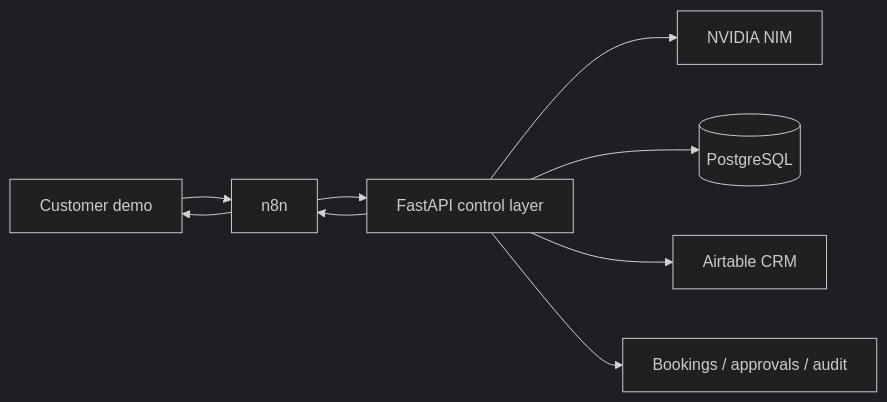
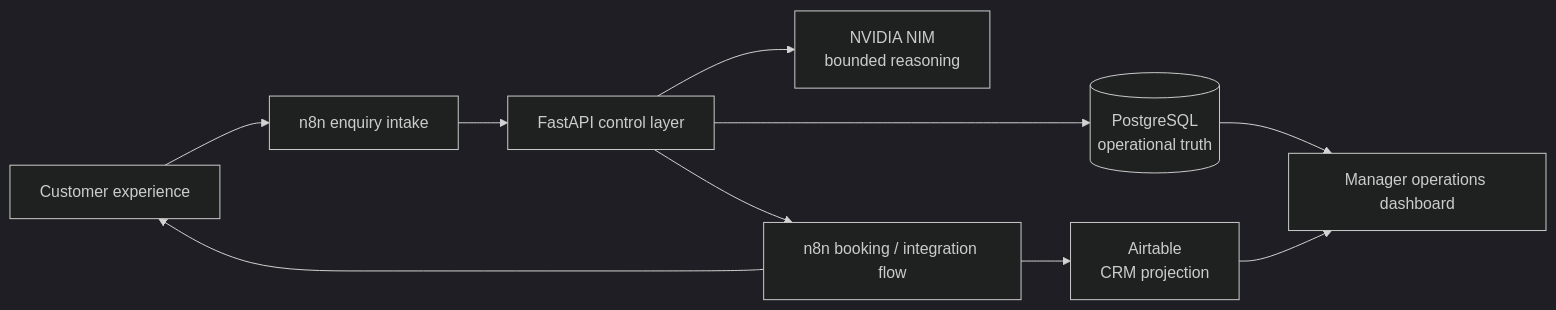
Before and after one commit to kabbersokhi-boop/customer-ops-ai: the diagram in README.md, drawn with Mermaid (dark theme). The commit also changed other lines of this file and 5 other files, not shown here.

````diff
--- a/README.md
+++ b/README.md
@@ -23,10 +45,12 @@
 ```mermaid
 flowchart LR
-    C[Customer demo] --> N[n8n]
-    N --> A[FastAPI control layer]
-    A --> L[NVIDIA NIM]
-    A --> D[(PostgreSQL)]
-    A --> R[Airtable CRM]
-    A --> P[Bookings / approvals / audit]
-    A --> N --> C
+    C[Customer experience] --> N1[n8n enquiry intake]
+    N1 --> A[FastAPI control layer]
+    A --> L[NVIDIA NIM<br/>bounded reasoning]
+    A --> D[(PostgreSQL<br/>operational truth)]
+    A --> N2[n8n booking / integration flow]
+    N2 --> R[Airtable<br/>CRM projection]
+    D --> M[Manager operations dashboard]
+    R --> M
+    N2 --> C
 ```
````
